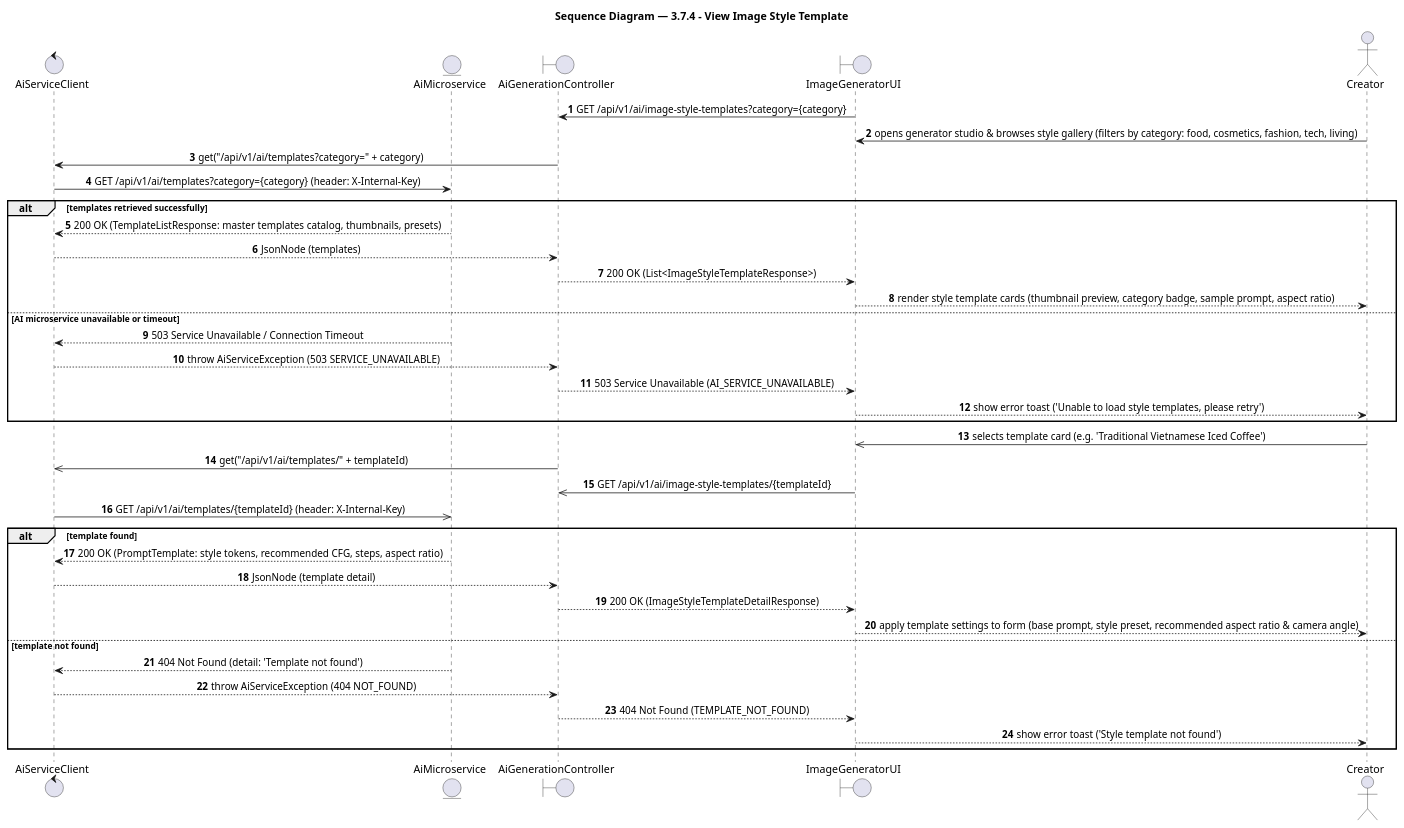
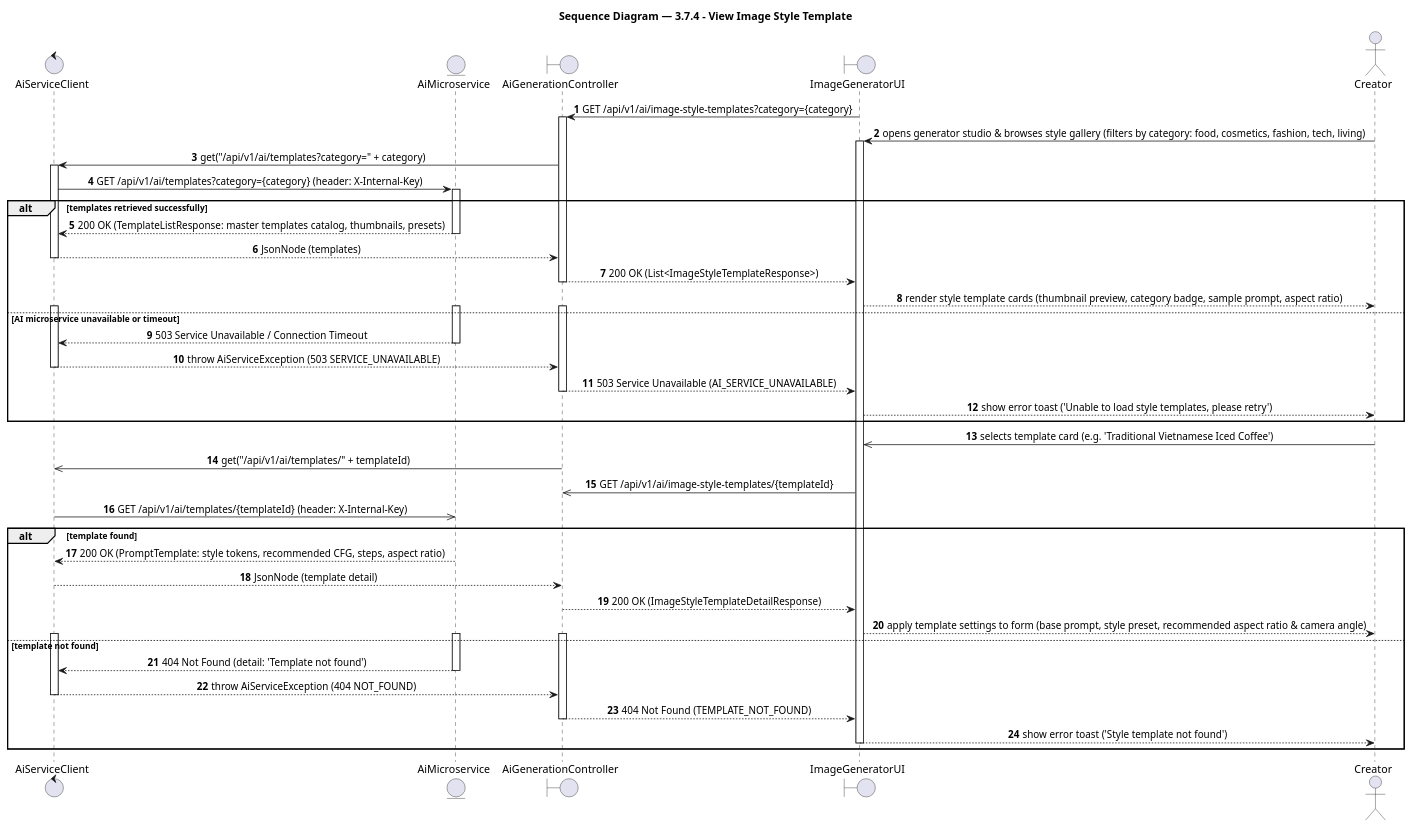
Before and after one commit to BrandHubOrganization/brandhub-infrastructure: the diagram in docs/feature/ai-features/3-7-4-view-image-style-template/report4_sequence.puml, drawn with PlantUML. The commit also changed 149 other files, not shown here.

Commit message:
docs(sequence): fix activation bars across all sequence diagrams according to UML 2.5 rules

```diff
--- a/docs/feature/ai-features/3-7-4-view-image-style-template/report4_sequence.puml
+++ b/docs/feature/ai-features/3-7-4-view-image-style-template/report4_sequence.puml
@@ -1,52 +1,78 @@
 @startuml 3.7.4 - View Image Style Template
 title Sequence Diagram — 3.7.4 - View Image Style Template
 
 autonumber
 skinparam shadowing false
 skinparam sequenceMessageAlign center
 skinparam BoxPadding 10
 skinparam ParticipantPadding 10
 
 ' === Participants ===
 control "AiServiceClient" as aiserviceclient
 entity "AiMicroservice" as aimicroservice
 boundary "AiGenerationController" as aigenerationcontroll
 boundary "ImageGeneratorUI" as imagegeneratorui
 actor "Creator" as creator
 
 ' === Flow ===
 imagegeneratorui -> aigenerationcontroll: GET /api/v1/ai/image-style-templates?category={category}
+activate aigenerationcontroll
 creator -> imagegeneratorui: opens generator studio & browses style gallery (filters by category: food, cosmetics, fashion, tech, living)
+activate imagegeneratorui
 aigenerationcontroll -> aiserviceclient: get("/api/v1/ai/templates?category=" + category)
+activate aiserviceclient
 aiserviceclient -> aimicroservice: GET /api/v1/ai/templates?category={category} (header: X-Internal-Key)
+activate aimicroservice
 
 alt templates retrieved successfully
   aimicroservice --> aiserviceclient: 200 OK (TemplateListResponse: master templates catalog, thumbnails, presets)
+  deactivate aimicroservice
   aiserviceclient --> aigenerationcontroll: JsonNode (templates)
+  deactivate aiserviceclient
   aigenerationcontroll --> imagegeneratorui: 200 OK (List<ImageStyleTemplateResponse>)
+  deactivate aigenerationcontroll
   imagegeneratorui --> creator: render style template cards (thumbnail preview, category badge, sample prompt, aspect ratio)
 else AI microservice unavailable or timeout
+  activate aigenerationcontroll
+  activate aiserviceclient
+  activate aimicroservice
   aimicroservice --> aiserviceclient: 503 Service Unavailable / Connection Timeout
+  deactivate aimicroservice
   aiserviceclient --> aigenerationcontroll: throw AiServiceException (503 SERVICE_UNAVAILABLE)
+  deactivate aiserviceclient
   aigenerationcontroll --> imagegeneratorui: 503 Service Unavailable (AI_SERVICE_UNAVAILABLE)
+  deactivate aigenerationcontroll
   imagegeneratorui --> creator: show error toast ('Unable to load style templates, please retry')
 end
+activate aigenerationcontroll
+activate aiserviceclient
+activate aimicroservice
 
 creator ->> imagegeneratorui: selects template card (e.g. 'Traditional Vietnamese Iced Coffee')
 aigenerationcontroll ->> aiserviceclient: get("/api/v1/ai/templates/" + templateId)
 imagegeneratorui ->> aigenerationcontroll: GET /api/v1/ai/image-style-templates/{templateId}
 aiserviceclient ->> aimicroservice: GET /api/v1/ai/templates/{templateId} (header: X-Internal-Key)
 
 alt template found
   aimicroservice --> aiserviceclient: 200 OK (PromptTemplate: style tokens, recommended CFG, steps, aspect ratio)
+  deactivate aimicroservice
   aiserviceclient --> aigenerationcontroll: JsonNode (template detail)
+  deactivate aiserviceclient
   aigenerationcontroll --> imagegeneratorui: 200 OK (ImageStyleTemplateDetailResponse)
+  deactivate aigenerationcontroll
   imagegeneratorui --> creator: apply template settings to form (base prompt, style preset, recommended aspect ratio & camera angle)
 else template not found
+  activate aiserviceclient
+  activate aigenerationcontroll
+  activate aimicroservice
   aimicroservice --> aiserviceclient: 404 Not Found (detail: 'Template not found')
+  deactivate aimicroservice
   aiserviceclient --> aigenerationcontroll: throw AiServiceException (404 NOT_FOUND)
+  deactivate aiserviceclient
   aigenerationcontroll --> imagegeneratorui: 404 Not Found (TEMPLATE_NOT_FOUND)
+  deactivate aigenerationcontroll
   imagegeneratorui --> creator: show error toast ('Style template not found')
+  deactivate imagegeneratorui
 end
 
 @enduml
```
